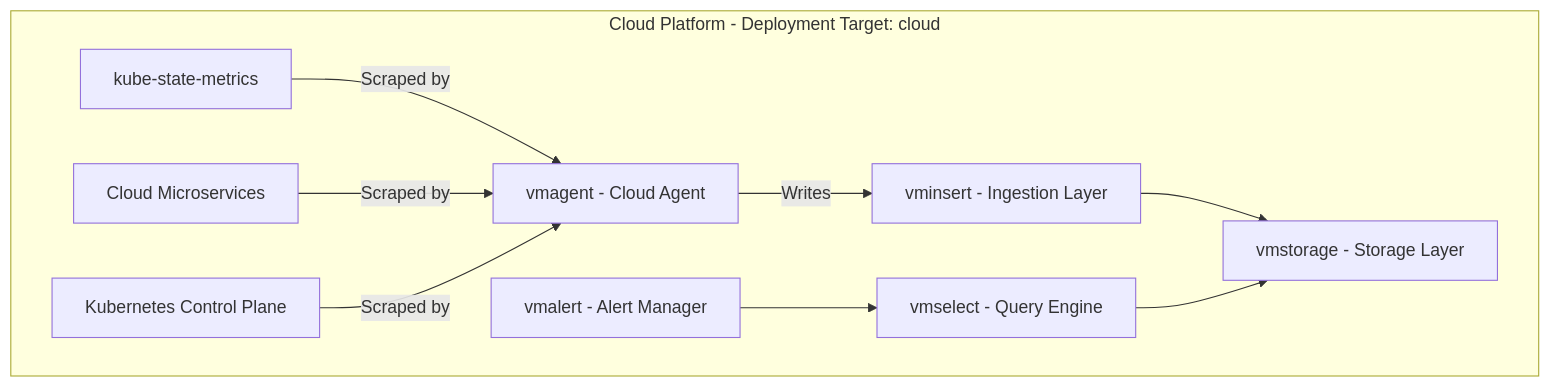
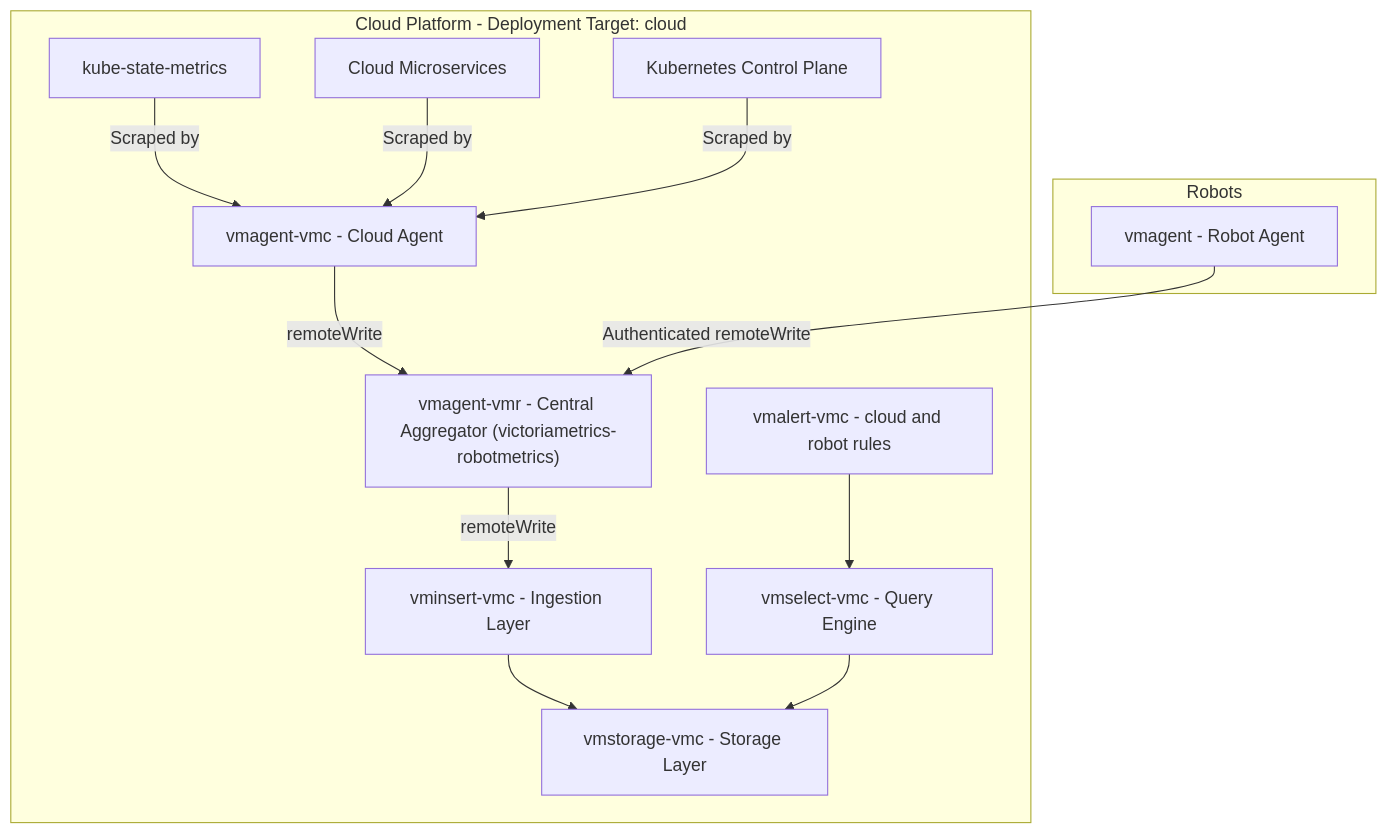
The first of 2 diagrams in src/app_charts/victoriametrics/victoriametrics-cloudmetrics/README.md (googlecloudrobotics/core), drawn with Mermaid before and after one commit. The commit also changed other lines of this file and 15 other files, not shown here.

Commit message:
consolidate vm clusters in 1 + use vmagent to pipe data from robot -> cloud

````diff
--- a/src/app_charts/victoriametrics/victoriametrics-cloudmetrics/README.md
+++ b/src/app_charts/victoriametrics/victoriametrics-cloudmetrics/README.md
@@ -13,13 +18,19 @@
 ```mermaid
 flowchart TD
+    subgraph Robots[Robots]
+        RA[vmagent - Robot Agent]
+    end
     subgraph CloudCluster[Cloud Platform - Deployment Target: cloud]
-        KSM[kube-state-metrics] -->|Scraped by| CA[vmagent - Cloud Agent]
+        KSM[kube-state-metrics] -->|Scraped by| CA[vmagent-vmc - Cloud Agent]
         CS[Cloud Microservices] -->|Scraped by| CA
         K8S[Kubernetes Control Plane] -->|Scraped by| CA
 
-        CA -->|Writes| VMI[vminsert - Ingestion Layer]
-        VMI --> VMS[vmstorage - Storage Layer]
-        VMQ[vmselect - Query Engine] --> VMS
-        VMA[vmalert - Alert Manager] --> VMQ
+        AGG["vmagent-vmr - Central Aggregator (victoriametrics-robotmetrics)"]
+        CA -->|remoteWrite| AGG
+        AGG -->|remoteWrite| VMI[vminsert-vmc - Ingestion Layer]
+        VMI --> VMS[vmstorage-vmc - Storage Layer]
+        VMQ[vmselect-vmc - Query Engine] --> VMS
+        VMA[vmalert-vmc - cloud and robot rules] --> VMQ
     end
+    RA -->|"Authenticated remoteWrite"| AGG
 ```
````
